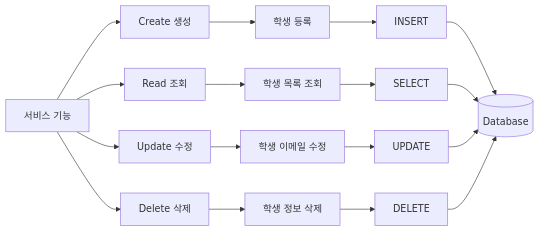
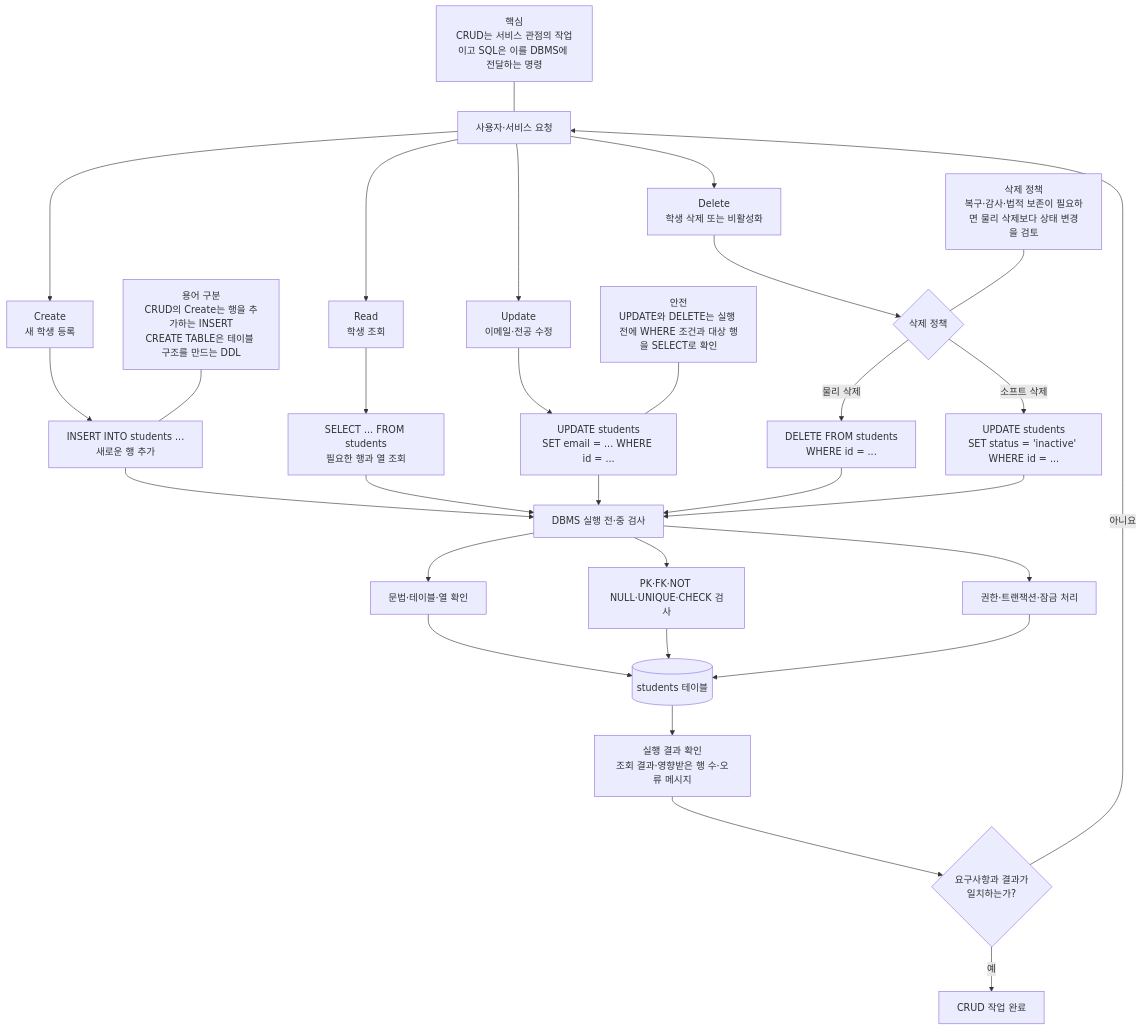
Before and after one commit to GilbertMoon/ai-database-book: the diagram in images/chapter02/ch02_06_crud_flow.mmd, drawn with Mermaid.

Commit message:
Refine chapter 2 CRUD flow source

```diff
--- a/images/chapter02/ch02_06_crud_flow.mmd
+++ b/images/chapter02/ch02_06_crud_flow.mmd
@@ -1,22 +1,36 @@
-flowchart LR
-    A[서비스 기능] --> C[Create 생성]
-    A --> R[Read 조회]
-    A --> U[Update 수정]
-    A --> D[Delete 삭제]
+flowchart TB
+    A[사용자·서비스 요청] --> C[Create<br/>새 학생 등록]
+    A --> R[Read<br/>학생 조회]
+    A --> U[Update<br/>이메일·전공 수정]
+    A --> D[Delete<br/>학생 삭제 또는 비활성화]
 
-    C --> C1[학생 등록]
-    C1 --> C2[INSERT]
+    C --> C1[INSERT INTO students ...<br/>새로운 행 추가]
+    R --> R1[SELECT ... FROM students<br/>필요한 행과 열 조회]
+    U --> U1[UPDATE students<br/>SET email = ... WHERE id = ...]
+    D --> D1{삭제 정책}
+    D1 -- 물리 삭제 --> D2[DELETE FROM students<br/>WHERE id = ...]
+    D1 -- 소프트 삭제 --> D3[UPDATE students<br/>SET status = 'inactive' WHERE id = ...]
 
-    R --> R1[학생 목록 조회]
-    R1 --> R2[SELECT]
+    C1 --> V[DBMS 실행 전·중 검사]
+    R1 --> V
+    U1 --> V
+    D2 --> V
+    D3 --> V
 
-    U --> U1[학생 이메일 수정]
-    U1 --> U2[UPDATE]
+    V --> V1[문법·테이블·열 확인]
+    V --> V2[PK·FK·NOT NULL·UNIQUE·CHECK 검사]
+    V --> V3[권한·트랜잭션·잠금 처리]
 
-    D --> D1[학생 정보 삭제]
-    D1 --> D2[DELETE]
+    V1 --> Q[(students 테이블)]
+    V2 --> Q
+    V3 --> Q
 
-    C2 --> DB[(Database)]
-    R2 --> DB
-    U2 --> DB
-    D2 --> DB
+    Q --> O[실행 결과 확인<br/>조회 결과·영향받은 행 수·오류 메시지]
+    O --> G{요구사항과 결과가<br/>일치하는가?}
+    G -- 아니요 --> A
+    G -- 예 --> Z[CRUD 작업 완료]
+
+    N1[용어 구분<br/>CRUD의 Create는 행을 추가하는 INSERT<br/>CREATE TABLE은 테이블 구조를 만드는 DDL] --- C1
+    N2[안전<br/>UPDATE와 DELETE는 실행 전에 WHERE 조건과 대상 행을 SELECT로 확인] --- U1
+    N3[삭제 정책<br/>복구·감사·법적 보존이 필요하면 물리 삭제보다 상태 변경을 검토] --- D1
+    N4[핵심<br/>CRUD는 서비스 관점의 작업이고 SQL은 이를 DBMS에 전달하는 명령] --- A
```
